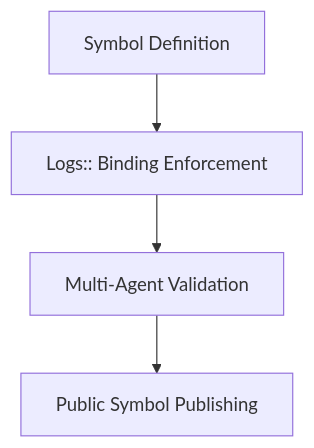
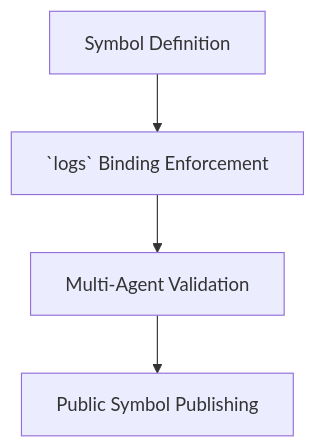
Before and after one commit to secondmindlab/secondmindlab: the diagram in logs/2025-05-ovl-integration.md, drawn with Mermaid. The commit also changed other lines of this file and 2 other files, not shown here.

````diff
--- a/logs/2025-05-ovl-integration.md
+++ b/logs/2025-05-ovl-integration.md
@@ -40,9 +38,9 @@
 ```mermaid
 flowchart TD
     A[Symbol Definition]
-    B[Logs:: Binding Enforcement]
+    B[`logs` Binding Enforcement]
     C[Multi-Agent Validation]
     D[Public Symbol Publishing]
 
     A --> B --> C --> D
 ```
````
